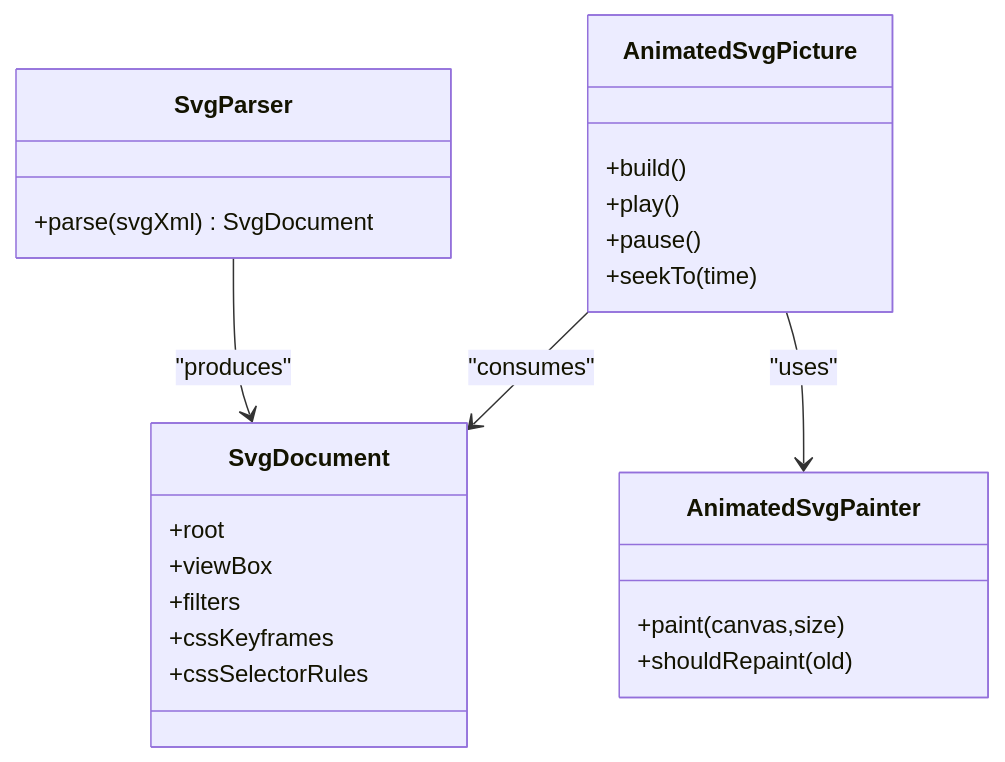
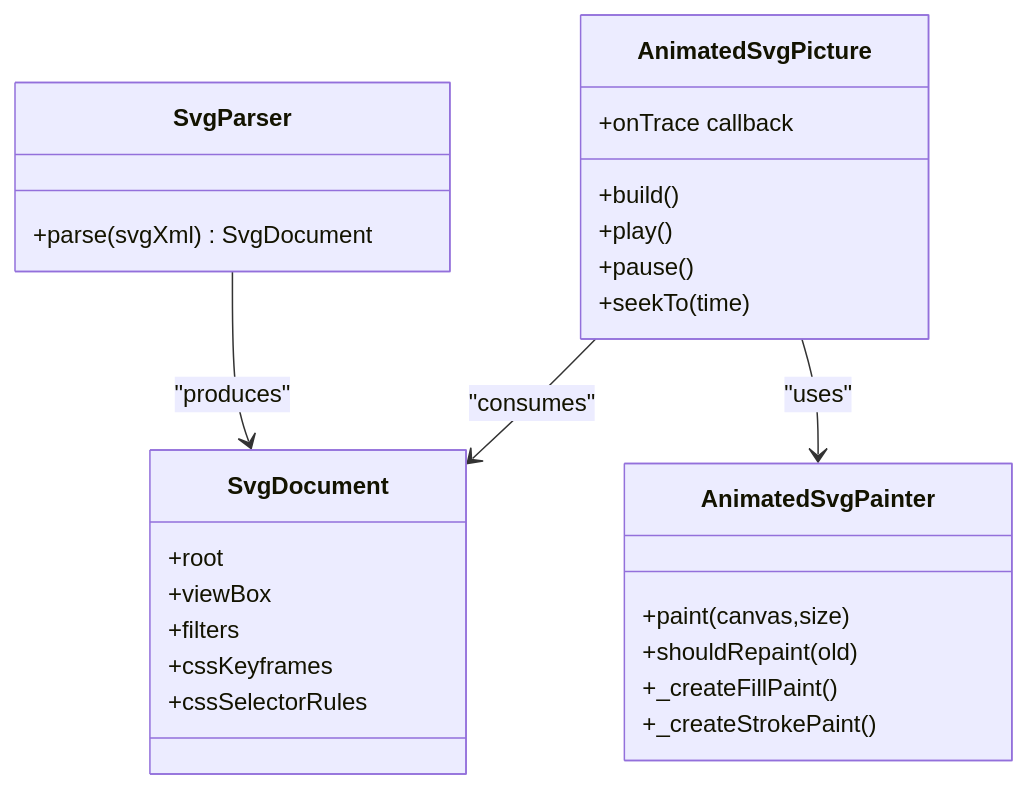
The tenth of 12 diagrams in .qoder/repowiki/en/content/Static SVG Rendering/Performance Optimization.md (denisnadey/flutter_full_svg_support), drawn with Mermaid before and after one commit. The commit also changed other lines of this file and 65 other files, not shown here.

````diff
--- a/.qoder/repowiki/en/content/Static SVG Rendering/Performance Optimization.md
+++ b/.qoder/repowiki/en/content/Static SVG Rendering/Performance Optimization.md
@@ -263,26 +390,29 @@
 ```mermaid
 classDiagram
 class SvgParser {
 +parse(svgXml) SvgDocument
 }
 class SvgDocument {
 +root
 +viewBox
 +filters
 +cssKeyframes
 +cssSelectorRules
 }
 class AnimatedSvgPicture {
 +build()
 +play()
 +pause()
 +seekTo(time)
++onTrace callback
 }
 class AnimatedSvgPainter {
 +paint(canvas,size)
 +shouldRepaint(old)
++_createFillPaint()
++_createStrokePaint()
 }
 SvgParser --> SvgDocument : "produces"
 AnimatedSvgPicture --> SvgDocument : "consumes"
 AnimatedSvgPicture --> AnimatedSvgPainter : "uses"
 ```
````
